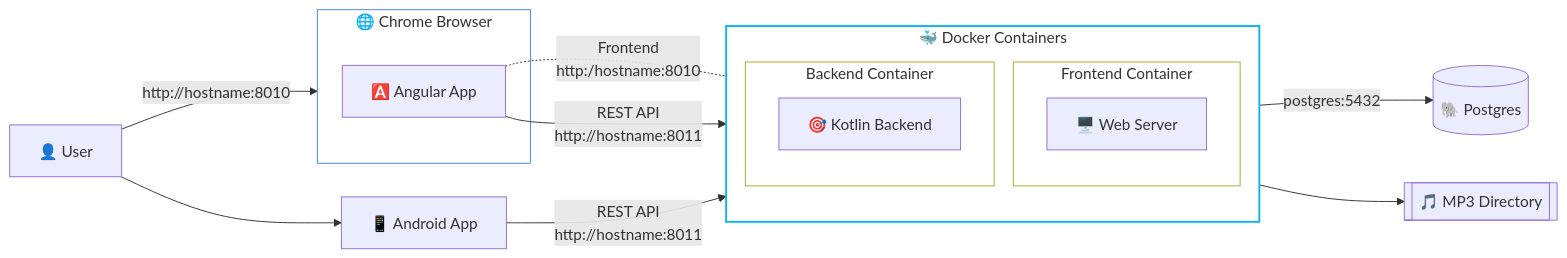
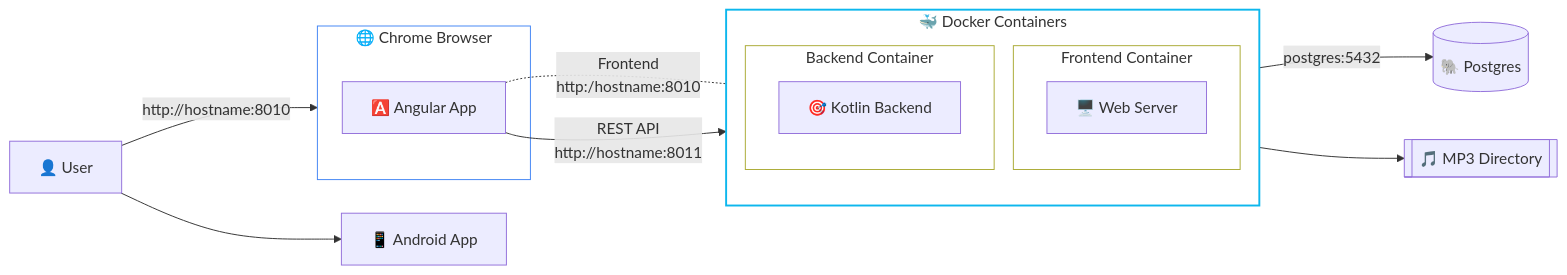
The first of 2 diagrams in README.md (richardeigenmann/Music-Spring), drawn with Mermaid before and after one commit.

````diff
--- a/README.md
+++ b/README.md
@@ -33,52 +33,50 @@
 ```mermaid
 graph LR
     %% Entity Definitions
     User["👤 User"]
 
     Android["📱 Android App"]
     
     subgraph Browser ["🌐 Chrome Browser"]
         App["🅰️ Angular App"]
     end
 
     subgraph Docker ["🐳 Docker Containers"]
         direction TB
         subgraph FE ["Frontend Container"]
             WS["🖥️ Web Server"]
         end
         
         %% Vertical strut
         %%FE ~~~ BE
         
         subgraph BE ["Backend Container"]
             Backend["🎯 Kotlin Backend"]
         end
     end
 
     DB[("🐘 Postgres")]
     Files[["🎵 MP3 Directory"]]
-
-    %% --- THE CONNECTIONS (The "Physics" Fix) ---
-    
+   
     User -->|http://hostname:8010| Browser
     
     User --> Android
 
     %% Reverse the arrow syntax to force WS to the RIGHT of App
     App <-.-|Frontend\nhttp:/hostname:8010| WS
     
     %% Standard flow to the backend
     App -->|REST API\nhttp://hostname:8011| Backend
     
-    Android -->|REST API\nhttp://hostname:8011| Backend
+    %% Android -->|REST API\nhttp://hostname:8011| Backend
 
     %% Backend data flow
     Backend -->|postgres:5432| DB
     Backend --> Files
 
     %% Styling
     style Browser fill:#fff,stroke:#4285F4
     style Docker fill:#fff,stroke:#0db7ed,stroke-width:2px
     style FE fill:#fff
     style BE fill:#fff
 ```
````
